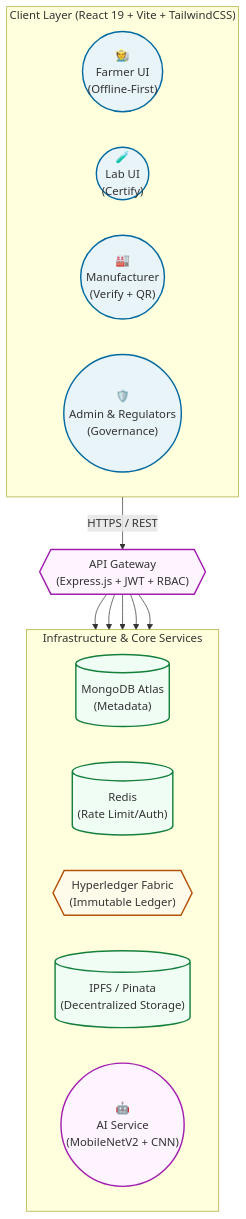
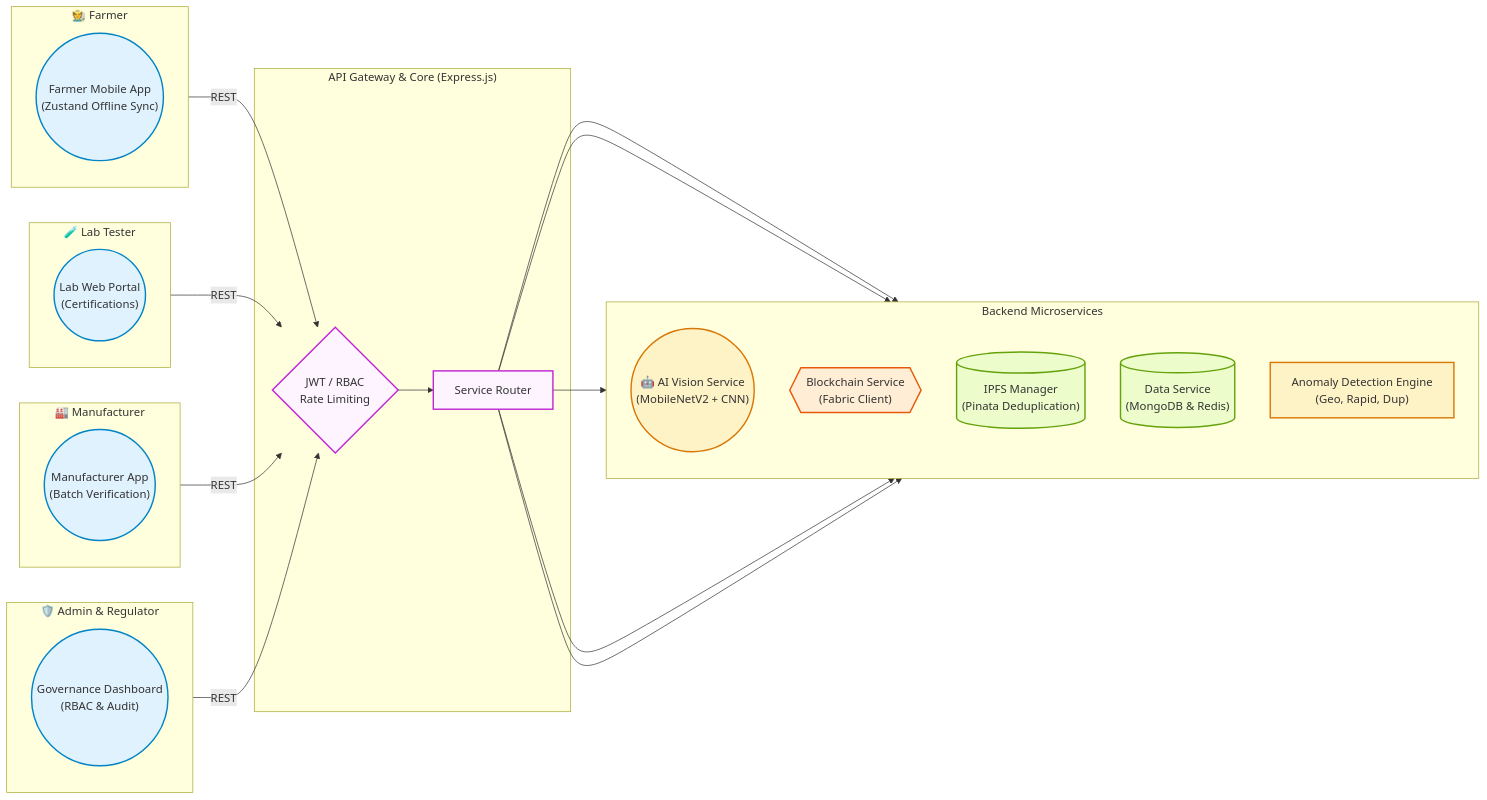
One commit to Shravanis30/BotaniLedger changed the first of 3 diagrams in README.md. Above: the diagram before and after it, drawn with Mermaid. The commit also changed other lines of this file, not shown here.

Commit message:
docs: refine architecture and workflow diagrams with separate domains

````diff
--- a/README.md
+++ b/README.md
@@ -40,45 +40,60 @@
 ```mermaid
-graph TD
-    %% Client Layer
-    subgraph Client_Layer ["Client Layer (React 19 + Vite + TailwindCSS)"]
-        direction LR
-        F(("🧑‍🌾<br/>Farmer UI<br/>(Offline-First)"))
-        L(("🧪<br/>Lab UI<br/>(Certify)"))
-        M(("🏭<br/>Manufacturer<br/>(Verify + QR)"))
-        A(("🛡️<br/>Admin & Regulators<br/>(Governance)"))
+flowchart LR
+    %% Client Apps
+    subgraph Farmers ["🧑‍🌾 Farmer"]
+        F_App(("Farmer Mobile App<br/>(Zustand Offline Sync)"))
+    end
+
+    subgraph Labs ["🧪 Lab Tester"]
+        L_App(("Lab Web Portal<br/>(Certifications)"))
+    end
+
+    subgraph Manufacturers ["🏭 Manufacturer"]
+        M_App(("Manufacturer App<br/>(Batch Verification)"))
+    end
+
+    subgraph Governance ["🛡️ Admin & Regulator"]
+        A_App(("Governance Dashboard<br/>(RBAC & Audit)"))
     end
 
     %% API Gateway Layer
-    AG{{"API Gateway<br/>(Express.js + JWT + RBAC)"}}
-    
-    %% Connections
-    Client_Layer -- "HTTPS / REST" --> AG
-
-    %% Infrastructure Layer
-    subgraph Infrastructure_Layer ["Infrastructure & Core Services"]
-        direction LR
-        DB[("MongoDB Atlas<br/>(Metadata)")]
-        Cache[("Redis<br/>(Rate Limit/Auth)")]
-        BC{{"Hyperledger Fabric<br/>(Immutable Ledger)"}}
-        IPFS[("IPFS / Pinata<br/>(Decentralized Storage)")]
-        AI(("🤖<br/>AI Service<br/>(MobileNetV2 + CNN)"))
+    subgraph API_Gateway ["API Gateway & Core (Express.js)"]
+        Auth{"JWT / RBAC<br/>Rate Limiting"}
+        Router["Service Router"]
+        Auth --> Router
     end
 
-    AG --> DB
-    AG --> Cache
-    AG --> BC
-    AG --> IPFS
-    AG --> AI
+    Farmers -->|REST| Auth
+    Labs -->|REST| Auth
+    Manufacturers -->|REST| Auth
+    Governance -->|REST| Auth
+
+    %% Microservices
+    subgraph Microservices ["Backend Microservices"]
+        direction TB
+        AI_SVC(("🤖 AI Vision Service<br/>(MobileNetV2 + CNN)"))
+        BC_SVC{{"Blockchain Service<br/>(Fabric Client)"}}
+        IPFS_SVC[("IPFS Manager<br/>(Pinata Deduplication)")]
+        Data_SVC[("Data Service<br/>(MongoDB & Redis)")]
+        Anomaly_SVC["Anomaly Detection Engine<br/>(Geo, Rapid, Dup)"]
+    end
+
+    Router --> AI_SVC
+    Router --> BC_SVC
+    Router --> IPFS_SVC
+    Router --> Data_SVC
+    Router --> Anomaly_SVC
 
     %% Styling
-    classDef primary fill:#e8f4f8,stroke:#0369a1,stroke-width:2px;
-    classDef gateway fill:#fdf4ff,stroke:#a21caf,stroke-width:2px;
-    classDef data fill:#f0fdf4,stroke:#15803d,stroke-width:2px;
-    classDef bc fill:#fffbeb,stroke:#b45309,stroke-width:2px;
-    
-    class F,L,M,A primary;
-    class AG gateway;
-    class DB,Cache,IPFS data;
-    class BC bc;
-    class AI gateway;
+    classDef app fill:#e0f2fe,stroke:#0284c7,stroke-width:2px;
+    classDef gate fill:#fdf4ff,stroke:#c026d3,stroke-width:2px;
+    classDef svc fill:#fef3c7,stroke:#d97706,stroke-width:2px;
+    classDef data fill:#ecfccb,stroke:#65a30d,stroke-width:2px;
+    classDef bc fill:#ffedd5,stroke:#ea580c,stroke-width:2px;
+
+    class F_App,L_App,M_App,A_App app;
+    class Auth,Router gate;
+    class AI_SVC,Anomaly_SVC svc;
+    class IPFS_SVC,Data_SVC data;
+    class BC_SVC bc;
 ```
````
